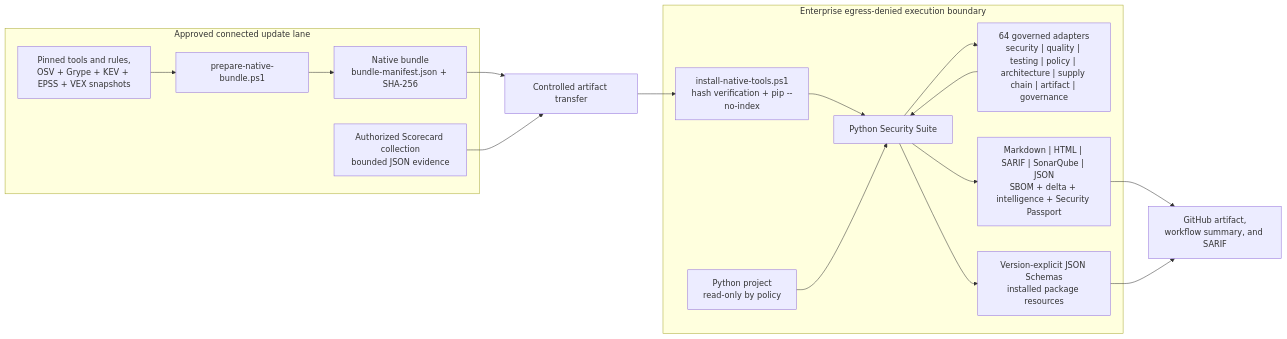
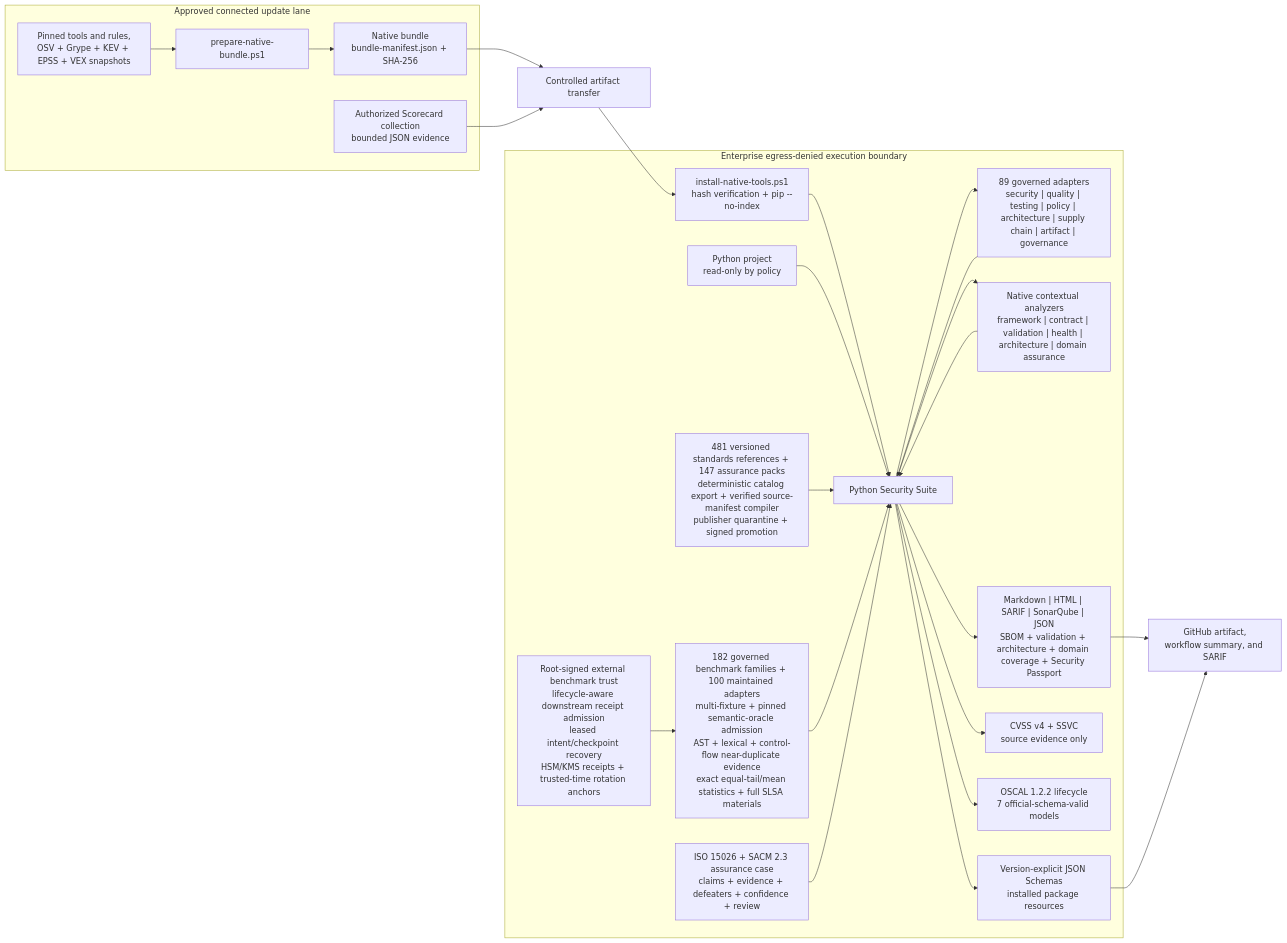
One commit to willtran87/project-py-security-suite changed the first of 19 diagrams in docs/design.md. Above: the diagram before and after it, drawn with Mermaid. The commit also changed other lines of this file and 303 other files, not shown here.

First line of the commit message:
Add governed adversarial, domain, and industry benchmark assurance (#17)

````diff
--- a/docs/design.md
+++ b/docs/design.md
@@ -29,34 +29,49 @@
 ```mermaid
 flowchart LR
     subgraph Connected["Approved connected update lane"]
         Prep["prepare-native-bundle.ps1"]
         Sources["Pinned tools and rules,<br/>OSV + Grype + KEV + EPSS + VEX snapshots"]
         ScorecardCollect["Authorized Scorecard collection<br/>bounded JSON evidence"]
         Bundle["Native bundle<br/>bundle-manifest.json + SHA-256"]
         Sources --> Prep --> Bundle
     end
 
     Transfer["Controlled artifact transfer"]
 
     subgraph Boundary["Enterprise egress-denied execution boundary"]
         Install["install-native-tools.ps1<br/>hash verification + pip --no-index"]
         Project["Python project<br/>read-only by policy"]
         Suite["Python Security Suite"]
-        Scanners["64 governed adapters<br/>security | quality | testing | policy | architecture | supply chain | artifact | governance"]
-        Reports["Markdown | HTML | SARIF | SonarQube | JSON<br/>SBOM + delta + intelligence + Security Passport"]
+        Scanners["89 governed adapters<br/>security | quality | testing | policy | architecture | supply chain | artifact | governance"]
+        Analyzers["Native contextual analyzers<br/>framework | contract | validation | health | architecture | domain assurance"]
+        Reports["Markdown | HTML | SARIF | SonarQube | JSON<br/>SBOM + validation + architecture + domain coverage + Security Passport"]
+        Standards["481 versioned standards references + 147 assurance packs<br/>deterministic catalog export + verified source-manifest compiler<br/>publisher quarantine + signed promotion"]
+        Benchmarks["182 governed benchmark families + 100 maintained adapters<br/>multi-fixture + pinned semantic-oracle admission<br/>AST + lexical + control-flow near-duplicate evidence<br/>exact equal-tail/mean statistics + full SLSA materials"]
+        BenchmarkTrust["Root-signed external benchmark trust<br/>lifecycle-aware downstream receipt admission<br/>leased intent/checkpoint recovery<br/>HSM/KMS receipts + trusted-time rotation anchors"]
+        AssuranceCase["ISO 15026 + SACM 2.3 assurance case<br/>claims + evidence + defeaters + confidence + review"]
+        Priority["CVSS v4 + SSVC<br/>source evidence only"]
+        OSCAL["OSCAL 1.2.2 lifecycle<br/>7 official-schema-valid models"]
         Contracts["Version-explicit JSON Schemas<br/>installed package resources"]
         Install --> Suite
         Project --> Suite
         Suite --> Scanners
         Scanners --> Suite
+        Suite --> Analyzers
+        Analyzers --> Suite
+        Standards --> Suite
+        Benchmarks --> Suite
+        BenchmarkTrust --> Benchmarks
+        AssuranceCase --> Suite
+        Suite --> Priority
+        Suite --> OSCAL
         Suite --> Reports
         Suite --> Contracts
     end
 
     GitHub["GitHub artifact,<br/>workflow summary, and SARIF"]
 
     Bundle --> Transfer --> Install
     ScorecardCollect --> Transfer
     Reports --> GitHub
     Contracts --> GitHub
 ```
````
